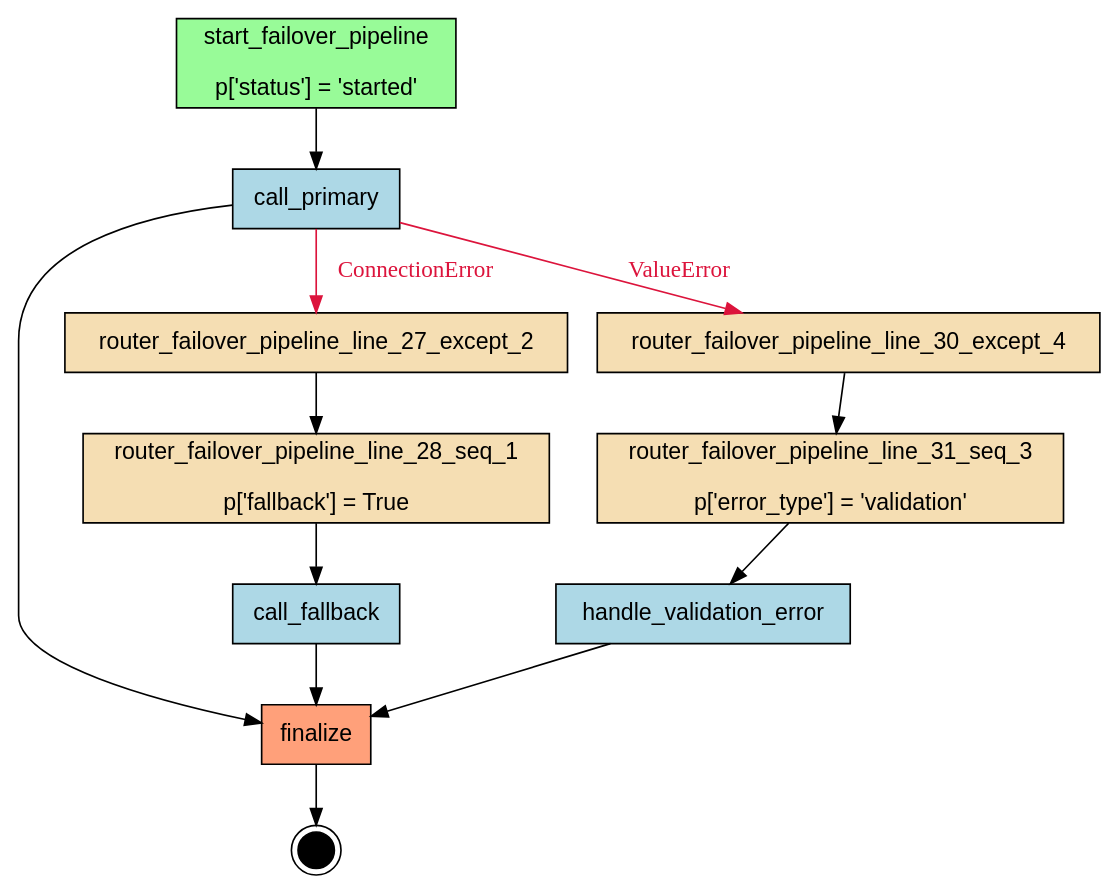
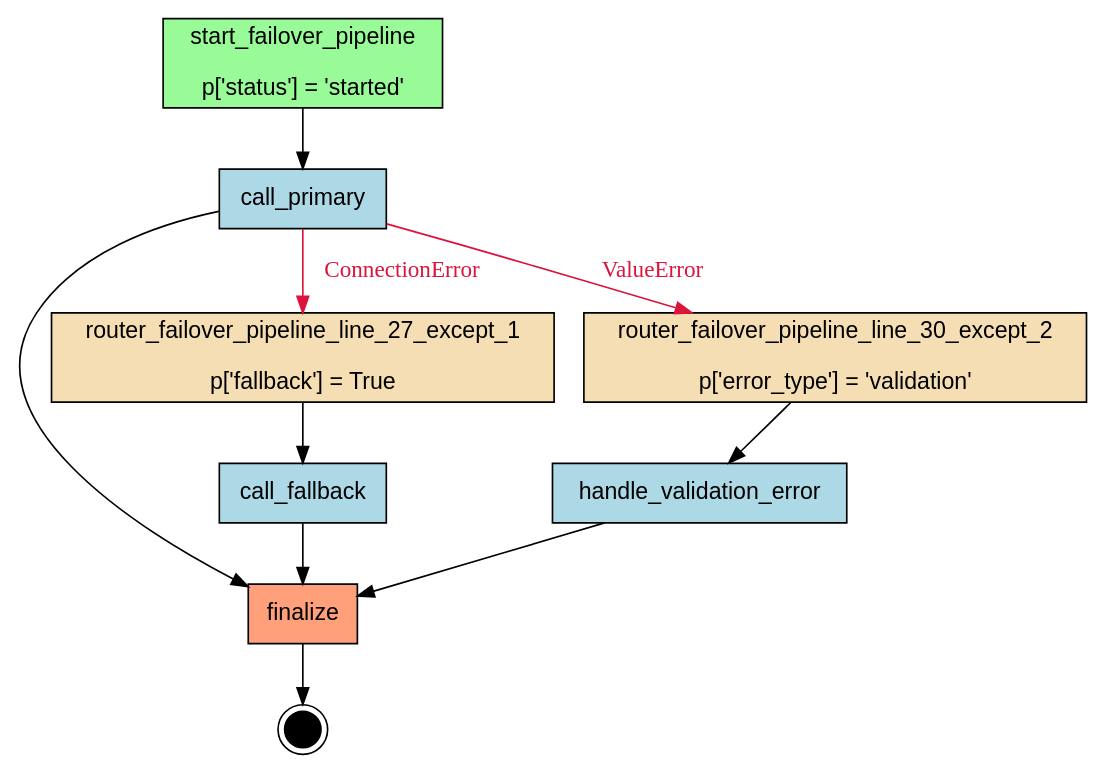
One commit to deliveryhero/asya changed the diagram in examples/flows/compiled/resiliency_error_routing/flow.dot. Above: the diagram before and after it, drawn with Graphviz. The commit also changed 13 other files, not shown here.

Commit message:
chore: recompile resiliency_error_routing with inlined except routers

```diff
--- a/examples/flows/compiled/resiliency_error_routing/flow.dot
+++ b/examples/flows/compiled/resiliency_error_routing/flow.dot
@@ -1,30 +1,26 @@
 digraph "failover_pipeline" {
     rankdir=TB;
     node [shape=box, style=filled, fontname="Helvetica"];
 
     { rank=source; start_failover_pipeline; }
 
     call_fallback [label="call_fallback", fillcolor=lightblue];
     call_primary [label="call_primary", fillcolor=lightblue];
     finalize [label="finalize", fillcolor=lightsalmon];
     handle_validation_error [label="handle_validation_error", fillcolor=lightblue];
-    router_failover_pipeline_line_27_except_2 [label="router_failover_pipeline_line_27_except_2", fillcolor=wheat];
-    router_failover_pipeline_line_28_seq_1 [label="router_failover_pipeline_line_28_seq_1\n\np['fallback'] = True", fillcolor=wheat];
-    router_failover_pipeline_line_30_except_4 [label="router_failover_pipeline_line_30_except_4", fillcolor=wheat];
-    router_failover_pipeline_line_31_seq_3 [label="router_failover_pipeline_line_31_seq_3\n\np['error_type'] = 'validation'", fillcolor=wheat];
+    router_failover_pipeline_line_27_except_1 [label="router_failover_pipeline_line_27_except_1\n\np['fallback'] = True", fillcolor=wheat];
+    router_failover_pipeline_line_30_except_2 [label="router_failover_pipeline_line_30_except_2\n\np['error_type'] = 'validation'", fillcolor=wheat];
     start_failover_pipeline [label="start_failover_pipeline\n\np['status'] = 'started'", fillcolor=palegreen];
 
     __end__ [label="", shape=doublecircle, fillcolor=black, width=0.3, fixedsize=true];
 
     start_failover_pipeline -> call_primary;
     call_primary -> finalize;
-    router_failover_pipeline_line_28_seq_1 -> call_fallback;
-    router_failover_pipeline_line_27_except_2 -> router_failover_pipeline_line_28_seq_1;
-    router_failover_pipeline_line_31_seq_3 -> handle_validation_error;
-    router_failover_pipeline_line_30_except_4 -> router_failover_pipeline_line_31_seq_3;
-    call_primary -> router_failover_pipeline_line_27_except_2 [label="ConnectionError", color="#DC143C", fontcolor="#DC143C"];
-    call_primary -> router_failover_pipeline_line_30_except_4 [label="ValueError", color="#DC143C", fontcolor="#DC143C"];
+    router_failover_pipeline_line_27_except_1 -> call_fallback;
     call_fallback -> finalize;
+    router_failover_pipeline_line_30_except_2 -> handle_validation_error;
     handle_validation_error -> finalize;
+    call_primary -> router_failover_pipeline_line_27_except_1 [label="ConnectionError", color="#DC143C", fontcolor="#DC143C"];
+    call_primary -> router_failover_pipeline_line_30_except_2 [label="ValueError", color="#DC143C", fontcolor="#DC143C"];
     finalize -> __end__;
 }
```
